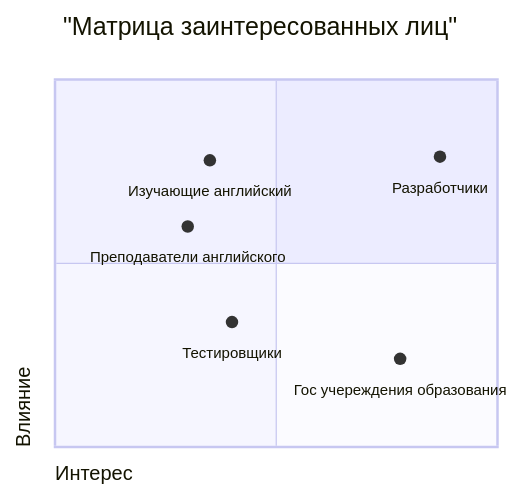
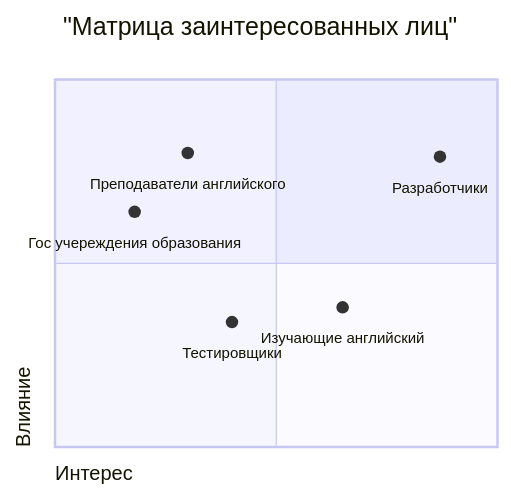
One commit to Xryak-Git/project-practicum changed the diagram in README.md. Above: the diagram before and after it, drawn with Mermaid.

````diff
--- a/README.md
+++ b/README.md
@@ -1,12 +1,12 @@
 ```mermaid
 %%{init: {"quadrantChart": {"chartWidth": 400, "chartHeight": 400, "titlePadding": 20, "quadrantPadding": 10, "pointTextPadding": 20} }}%%
 quadrantChart
     title "Матрица заинтересованных лиц"
     x-axis "Интерес"
     y-axis "Влияние"
-    "Преподаватели английского": [0.3, 0.6]
+    "Преподаватели английского": [0.3, 0.8]
     "Разработчики": [0.87, 0.79]
-    "Гос учереждения образования": [0.78, 0.24]
+    "Гос учереждения образования": [0.18, 0.64]
     "Тестировщики": [0.40, 0.34]
-    "Изучающие английский": [0.35, 0.78]
+    "Изучающие английский": [0.65, 0.38]
 ```
````
